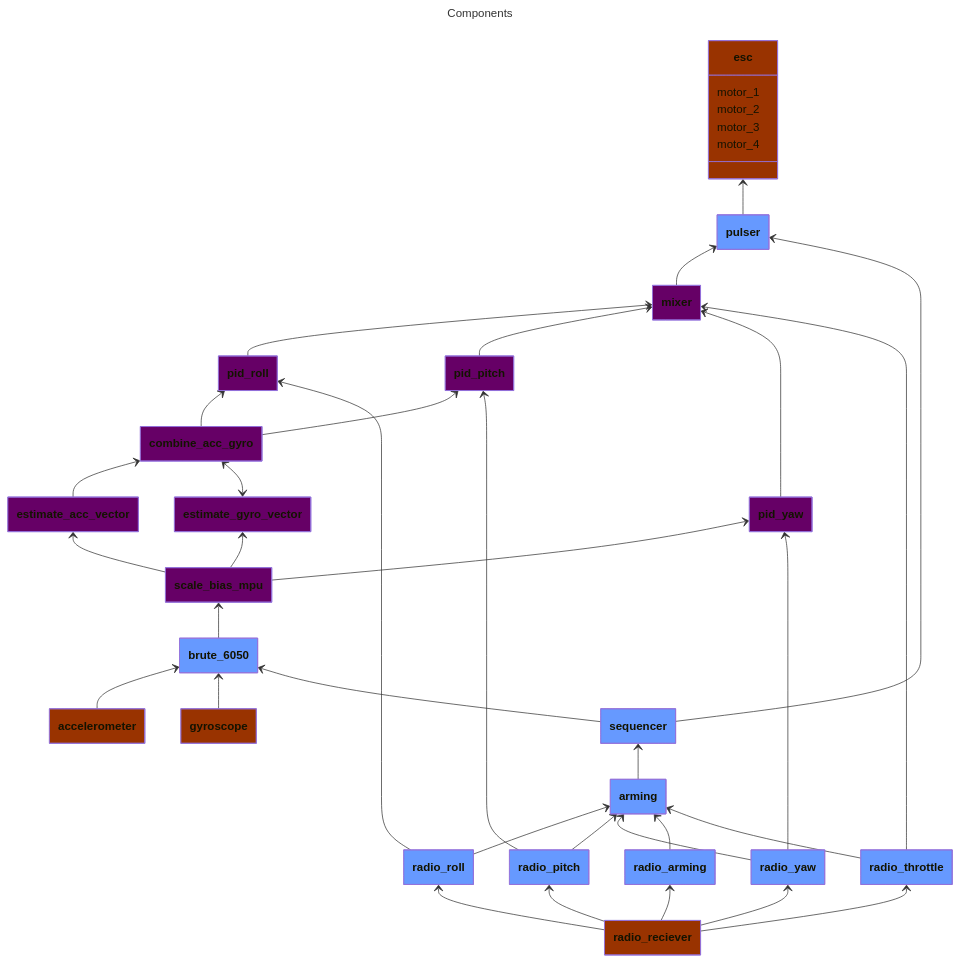
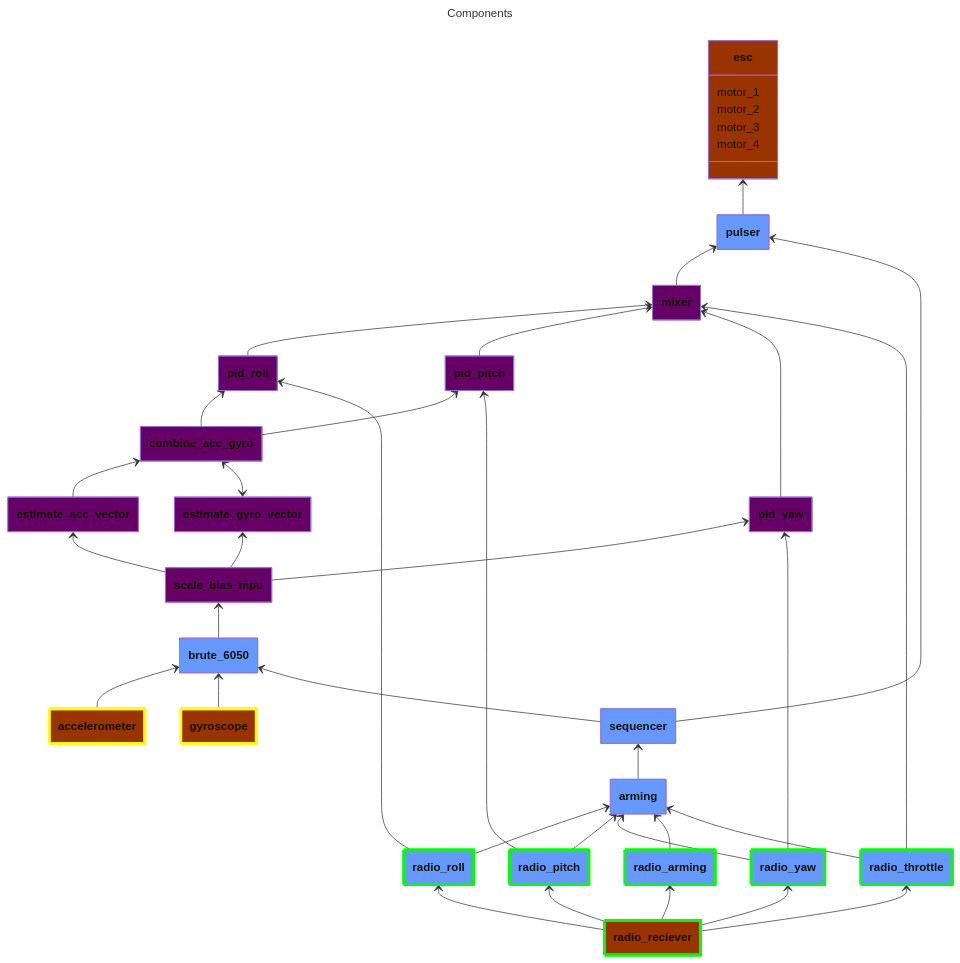
The diagram in system_overview.md (timonix/FPGAir), drawn with Mermaid before and after one commit. The commit also changed 6 other files, not shown here.

````diff
--- a/system_overview.md
+++ b/system_overview.md
@@ -140,12 +140,26 @@
 
     class gyroscope:::hardware
     class accelerometer:::hardware
-    class radio_reciever::: hardware
+    class radio_reciever:::hardware
 
+    
+    class radio_reciever:::done
+    class radio_throttle:::done
+    class radio_pitch:::done
+    class radio_roll:::done
+    class radio_yaw:::done
+    class radio_arming:::done
+
+    class accelerometer:::subjectToChange
+    class gyroscope:::subjectToChange
 
 
 
     classDef vhdl fill:#69f
     classDef software fill:#606
     classDef hardware fill:#930
+
+    classDef done stroke:#00FF00,stroke-width:4px
+    classDef subjectToChange stroke:#FFFF00,stroke-width:4px
+    classDef notTested stroke:#00FFFF,stroke-width:4px
 ```
````
